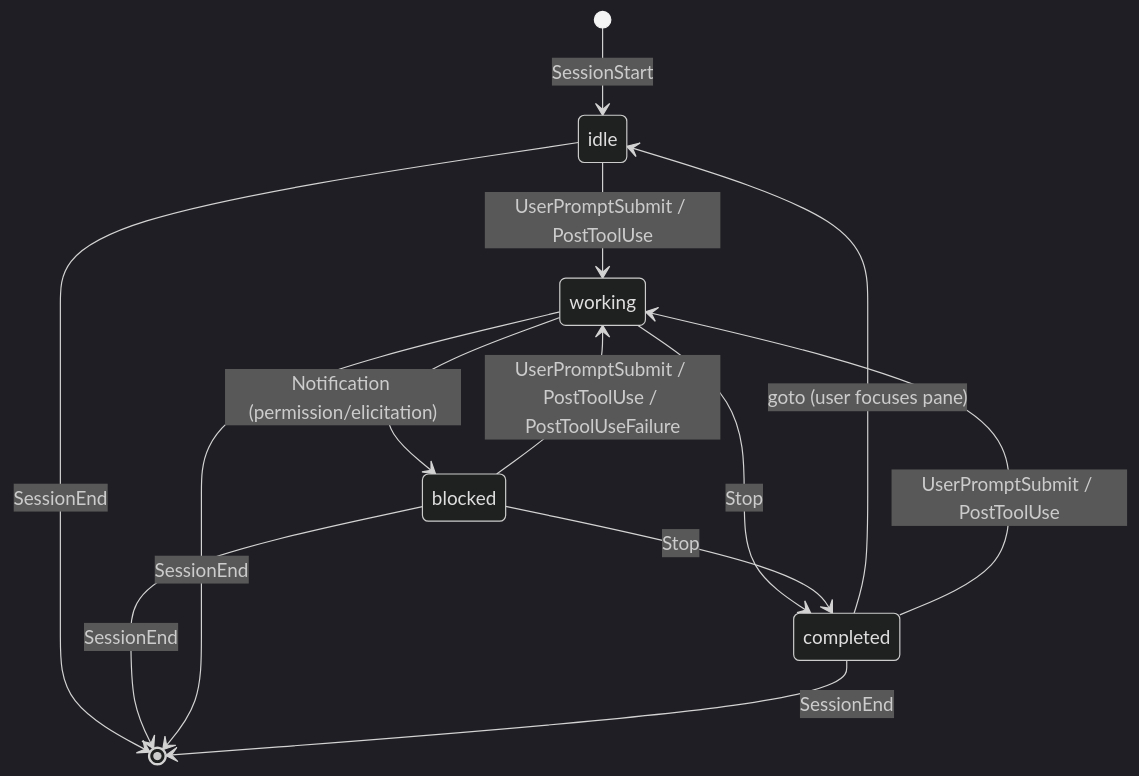
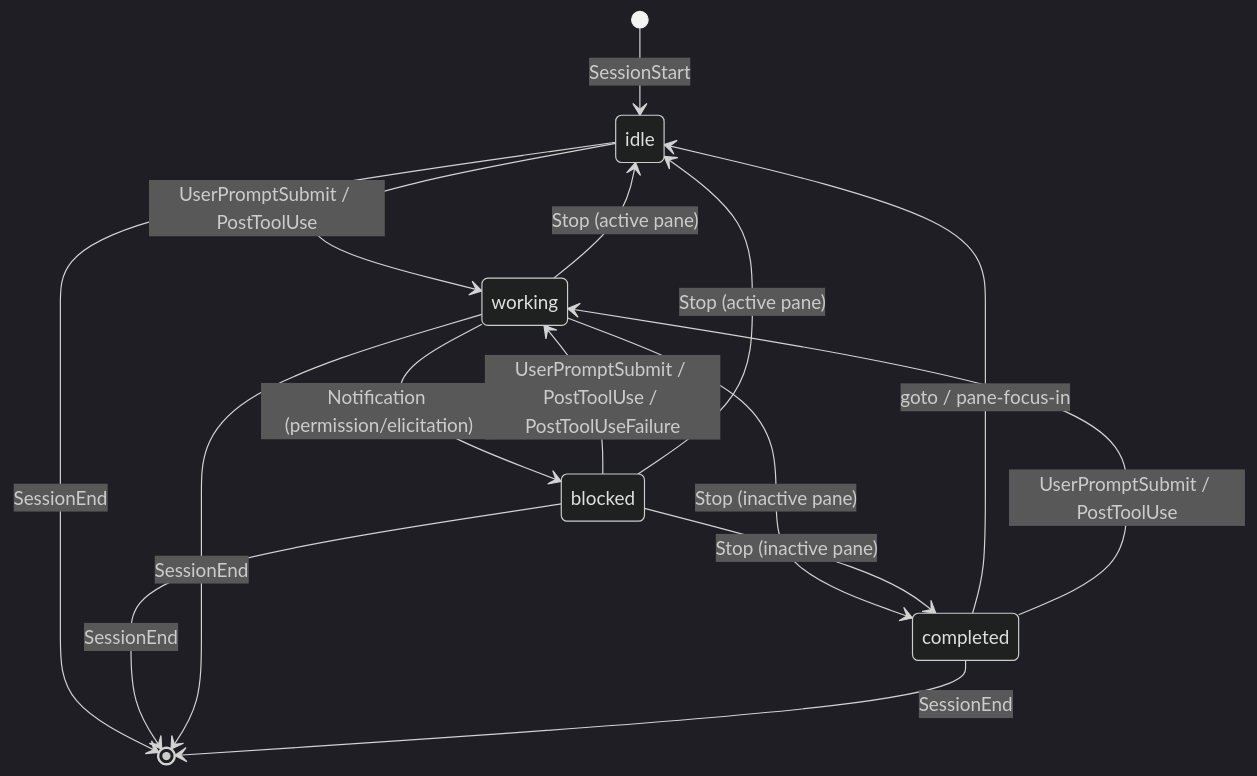
One commit to KakkoiDev/tmux-claude-agent-tracker changed the second of 2 diagrams in ARCHITECTURE.md. Above: the diagram before and after it, drawn with Mermaid (dark theme). The commit also changed other lines of this file and 6 other files, not shown here.

First line of the commit message:
Auto-clear completed on pane focus

````diff
--- a/ARCHITECTURE.md
+++ b/ARCHITECTURE.md
@@ -41,19 +41,21 @@
 ```mermaid
 stateDiagram-v2
     [*] --> idle : SessionStart
 
     idle --> working : UserPromptSubmit / PostToolUse
-    working --> completed : Stop
+    working --> completed : Stop (inactive pane)
+    working --> idle : Stop (active pane)
     working --> blocked : Notification (permission/elicitation)
 
     blocked --> working : UserPromptSubmit / PostToolUse / PostToolUseFailure
-    blocked --> completed : Stop
+    blocked --> completed : Stop (inactive pane)
+    blocked --> idle : Stop (active pane)
 
-    completed --> idle : goto (user focuses pane)
+    completed --> idle : goto / pane-focus-in
     completed --> working : UserPromptSubmit / PostToolUse
 
     idle --> [*] : SessionEnd
     blocked --> [*] : SessionEnd
     working --> [*] : SessionEnd
     completed --> [*] : SessionEnd
 ```
````
